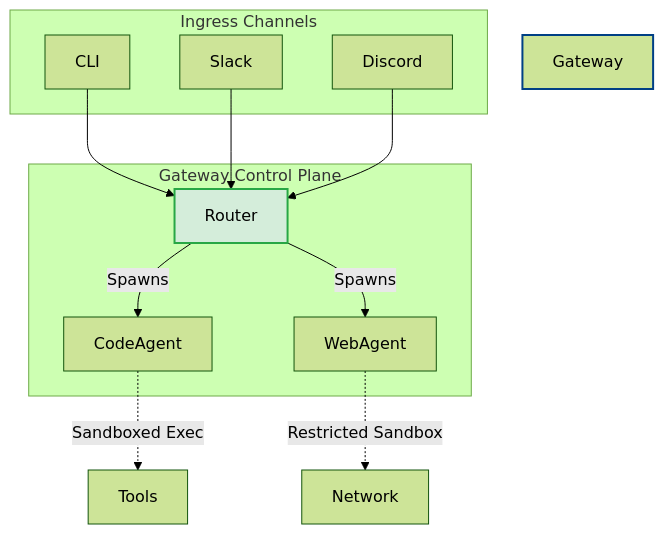
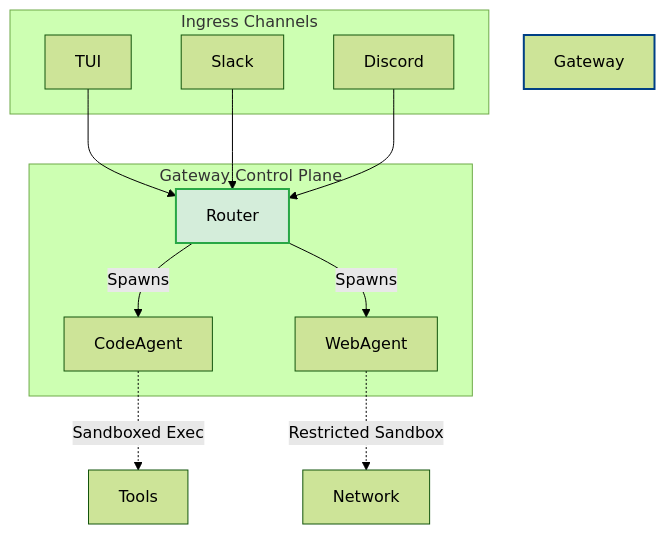
Before and after one commit to shantanugoel/oxydra: the eighth of 8 diagrams in oxydra-project-brief.md, drawn with Mermaid (forest theme). The commit also changed other lines of this file and 1 other file, not shown here.

````diff
--- a/oxydra-project-brief.md
+++ b/oxydra-project-brief.md
@@ -558,20 +581,20 @@
 ```mermaid
 graph TD
 subgraph Ingress Channels
-CLI
+TUI
 Slack
 Discord
 end
 subgraph Gateway Control Plane
 Router
 Router --> |Spawns| CodeAgent
 Router --> |Spawns| WebAgent
 end
-CLI --> Router
+TUI --> Router
 Slack --> Router
 Discord --> Router
 CodeAgent -.-> |Sandboxed Exec| Tools
 WebAgent -.-> |Restricted Sandbox| Network
 style Gateway Control Plane fill:#cce5ff,stroke:#004085,stroke-width:2px
 style Router fill:#d4edda,stroke:#28a745,stroke-width:2px
 ```
````
